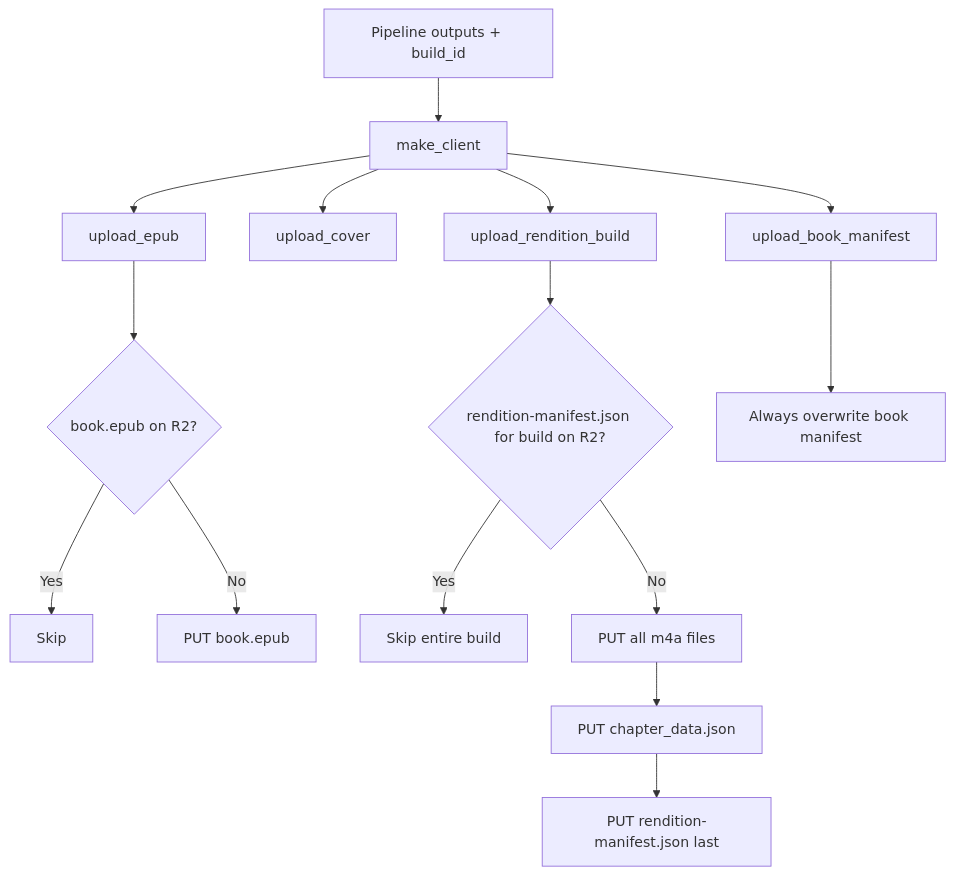
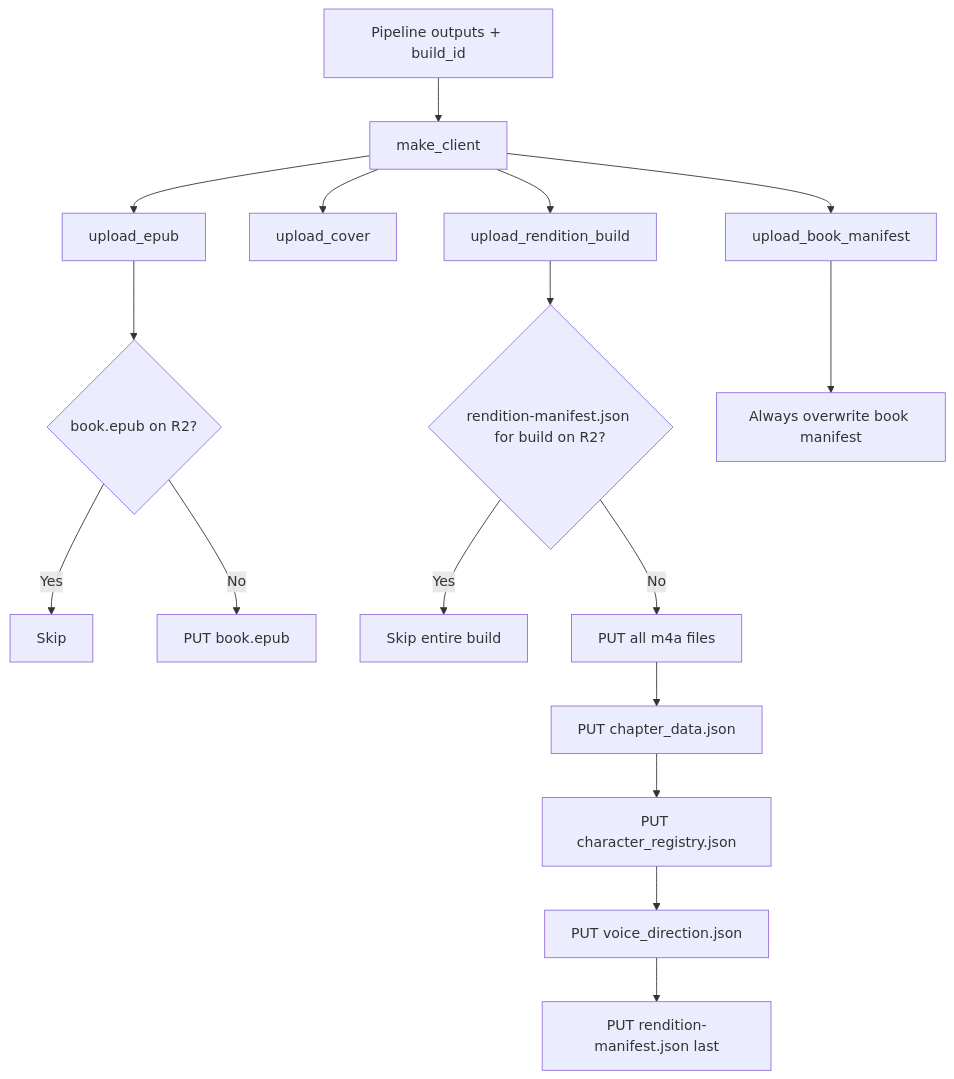
Before and after one commit to jkoeh/openshelf: the diagram in pipeline/docs/step6-r2.md, drawn with Mermaid. The commit also changed other lines of this file and 49 other files, not shown here.

````diff
--- a/pipeline/docs/step6-r2.md
+++ b/pipeline/docs/step6-r2.md
@@ -10,20 +10,22 @@
 ```mermaid
 graph TD
     A[Pipeline outputs + build_id] --> B[make_client]
     B --> C[upload_epub]
     B --> D[upload_cover]
     B --> E[upload_rendition_build]
     B --> H[upload_book_manifest]
 
     C --> C1{book.epub on R2?}
     C1 -->|Yes| C2[Skip]
     C1 -->|No| C3[PUT book.epub]
 
     E --> E1{rendition-manifest.json for build on R2?}
     E1 -->|Yes| E2[Skip entire build]
     E1 -->|No| E3[PUT all m4a files]
     E3 --> E4[PUT chapter_data.json]
-    E4 --> E5[PUT rendition-manifest.json last]
+    E4 --> E4A[PUT character_registry.json]
+    E4A --> E4B[PUT voice_direction.json]
+    E4B --> E5[PUT rendition-manifest.json last]
 
     H --> H1[Always overwrite book manifest]
 ```
````
